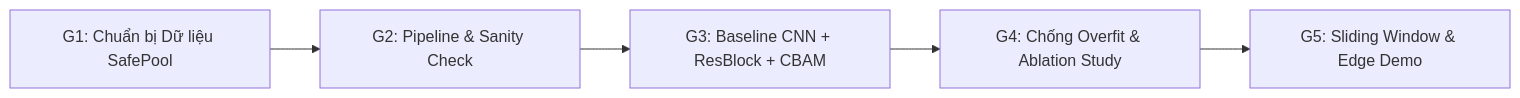
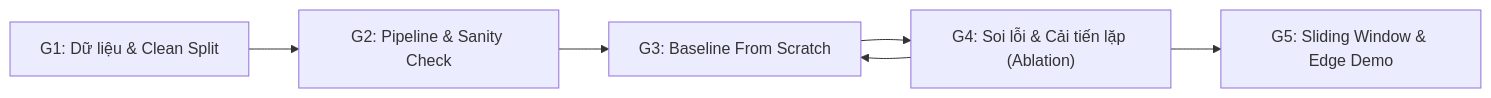
The diagram in Specs/roadmap.md (PhKah/SafePool), drawn with Mermaid before and after one commit. The commit also changed other lines of this file and 1 other file, not shown here.

````diff
--- a/Specs/roadmap.md
+++ b/Specs/roadmap.md
@@ -12,7 +17,8 @@
 ```mermaid
 flowchart LR
-    G1["G1: Chuẩn bị Dữ liệu SafePool"] --> G2["G2: Pipeline & Sanity Check"]
-    G2 --> G3["G3: Baseline CNN + ResBlock + CBAM"]
-    G3 --> G4["G4: Chống Overfit & Ablation Study"]
+    G1["G1: Dữ liệu & Clean Split"] --> G2["G2: Pipeline & Sanity Check"]
+    G2 --> G3["G3: Baseline From Scratch"]
+    G3 --> G4["G4: Soi lỗi & Cải tiến lặp (Ablation)"]
+    G4 --> G3
     G4 --> G5["G5: Sliding Window & Edge Demo"]
 ```
````
